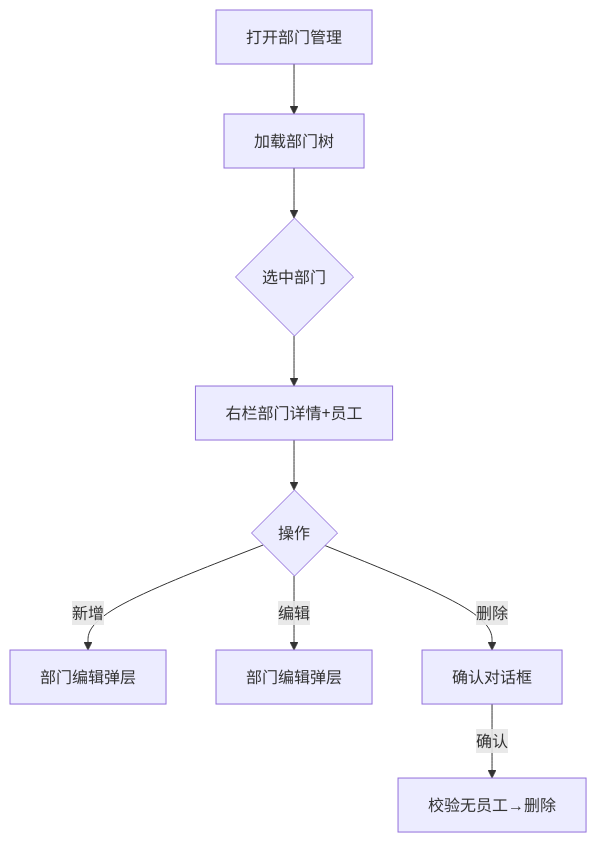
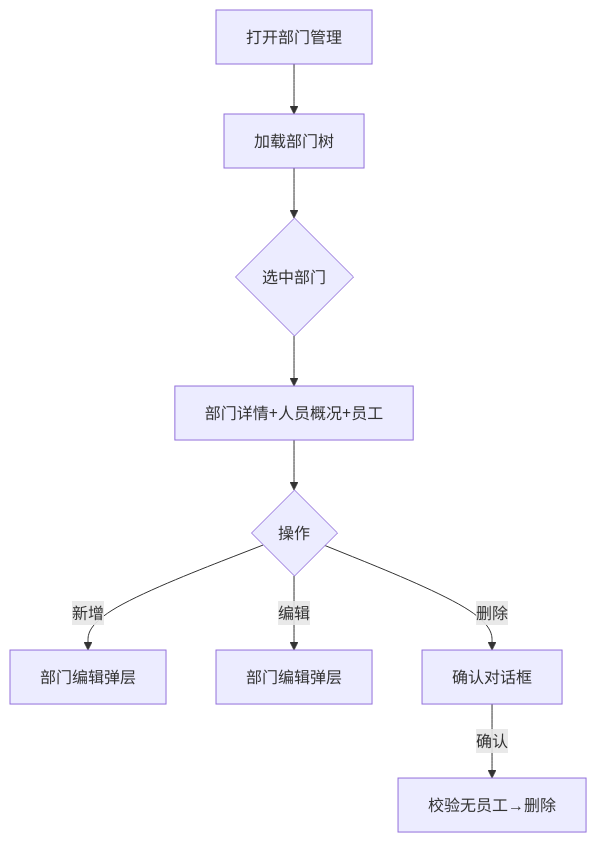
One commit to BruceChu0424/utenelec_imp changed the diagram in docs/03-页面/部门管理页.md. Above: the diagram before and after it, drawn with Mermaid. The commit also changed other lines of this file and 426 other files, not shown here.

````diff
--- a/docs/03-页面/部门管理页.md
+++ b/docs/03-页面/部门管理页.md
@@ -54,11 +54,11 @@
 ```mermaid
 flowchart TD
     A[打开部门管理] --> T[加载部门树]
     T --> SEL{选中部门}
-    SEL --> D[右栏部门详情+员工]
+    SEL --> D[部门详情+人员概况+员工]
     D --> OP{操作}
     OP -->|新增| N[部门编辑弹层]
     OP -->|编辑| E[部门编辑弹层]
     OP -->|删除| CF[确认对话框]
     CF -->|确认| DEL[校验无员工→删除]
 ```
````
